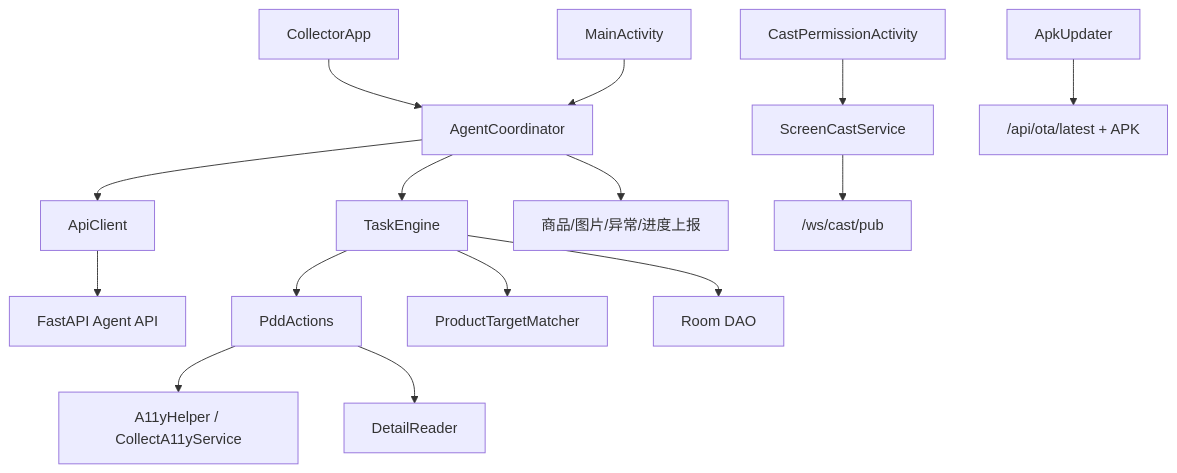
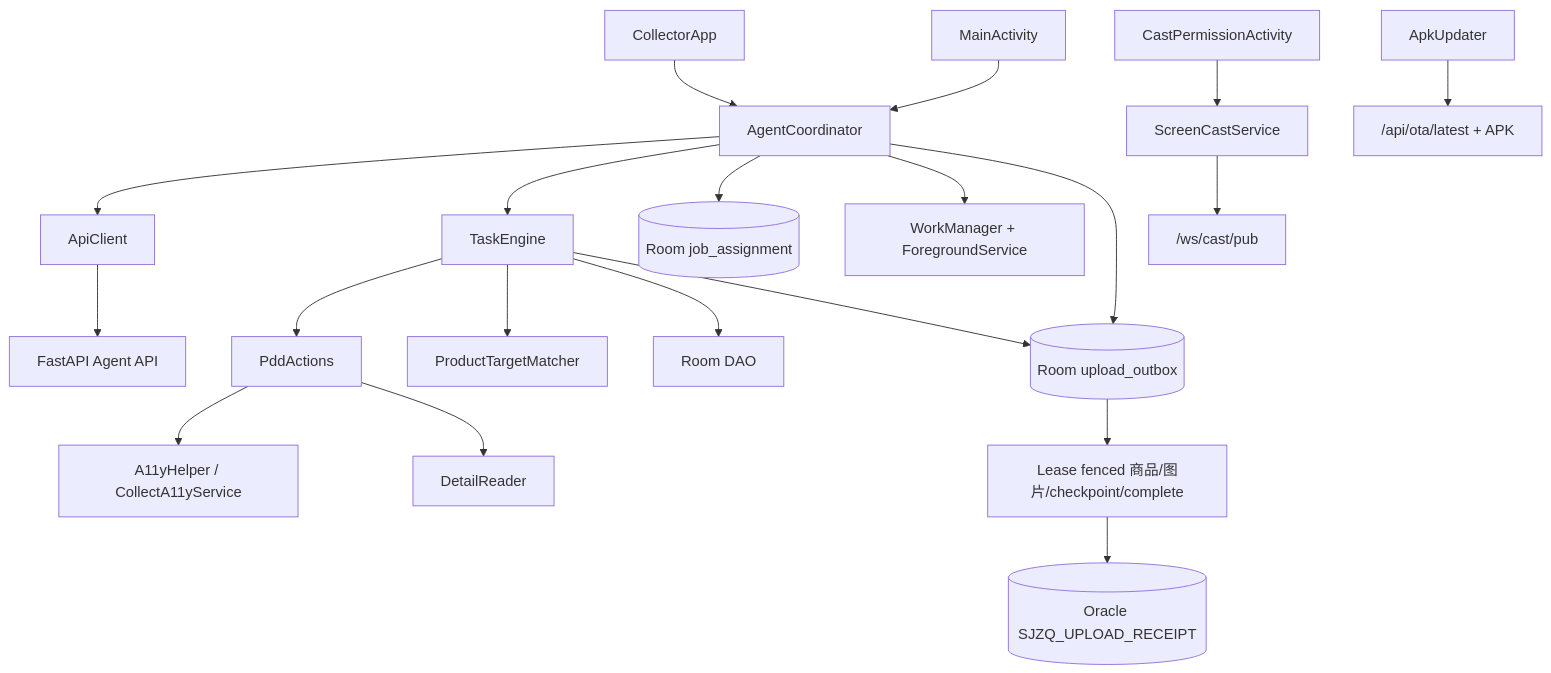
Before and after one commit to sunmings1310/PDD_con_data: the fourth of 6 diagrams in docs/architecture.md, drawn with Mermaid. The commit also changed other lines of this file and 173 other files, not shown here.

````diff
--- a/docs/architecture.md
+++ b/docs/architecture.md
@@ -81,17 +84,22 @@
 ```mermaid
 flowchart TD
     CollectorApp --> Coordinator["AgentCoordinator"]
     MainActivity --> Coordinator
     Coordinator --> ApiClient
     Coordinator --> TaskEngine
     ApiClient --> Server["FastAPI Agent API"]
     TaskEngine --> PddActions
     TaskEngine --> Matcher["ProductTargetMatcher"]
     PddActions --> A11y["A11yHelper / CollectA11yService"]
     PddActions --> DetailReader
     TaskEngine --> Room["Room DAO"]
-    Coordinator --> Upload["商品/图片/异常/进度上报"]
+    TaskEngine --> Outbox[("Room upload_outbox")]
+    Coordinator --> Assignment[("Room job_assignment")]
+    Coordinator --> Recovery["WorkManager + ForegroundService"]
+    Coordinator --> Outbox
+    Outbox --> Upload["Lease fenced 商品/图片/checkpoint/complete"]
+    Upload --> Receipt[("Oracle SJZQ_UPLOAD_RECEIPT")]
     CastPermissionActivity --> ScreenCastService
     ScreenCastService --> CastWS["/ws/cast/pub"]
     ApkUpdater --> OTA["/api/ota/latest + APK"]
 ```
````
